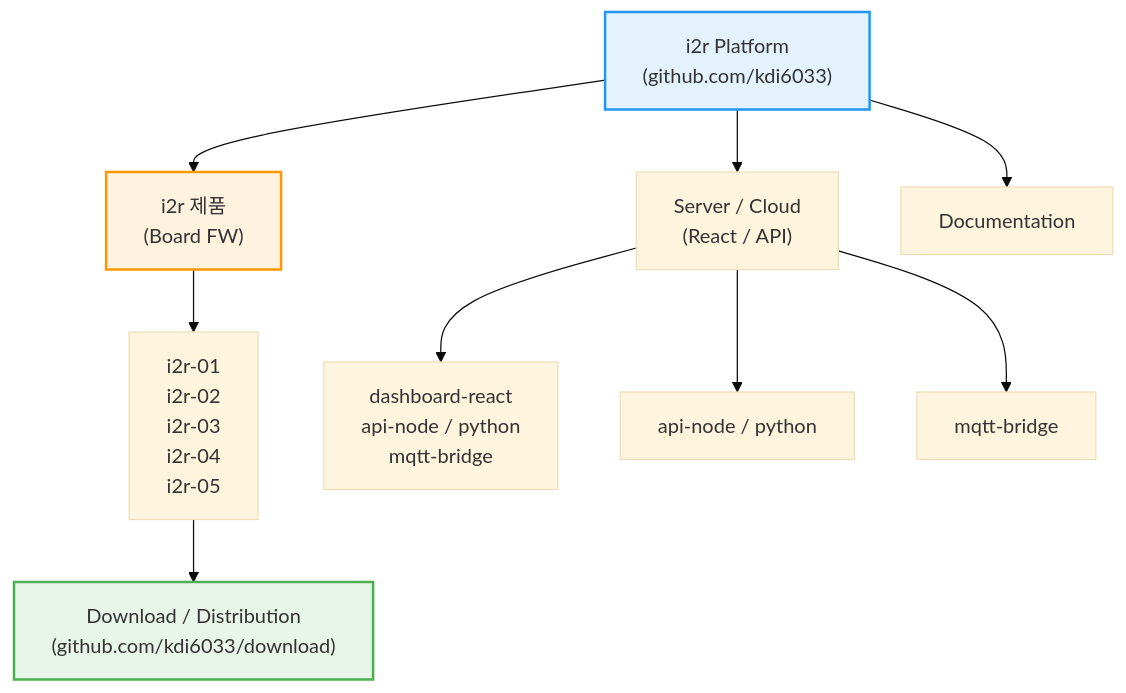
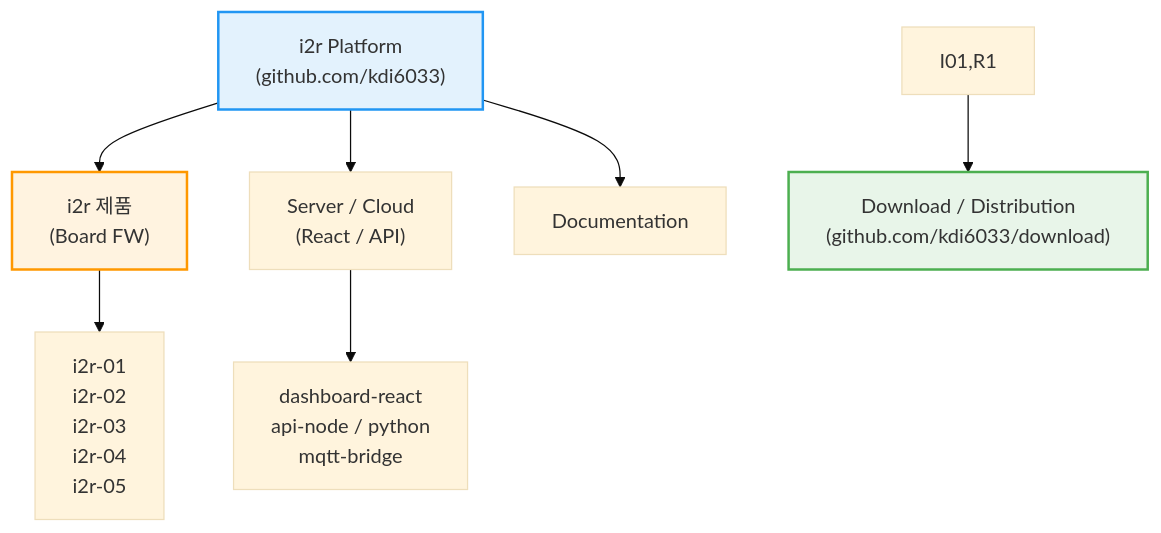
The first of 2 diagrams in README.md (kdi6033/kdi6033), drawn with Mermaid (base theme) before and after one commit.

Commit message:
Update README for Cloud Branch and Download Center

````diff
--- a/README.md
+++ b/README.md
@@ -61,23 +61,21 @@
 ```mermaid
 graph TD
     %% Main Platform
     MAIN["i2r Platform<br/>(github.com/kdi6033)"] --> FW["i2r 제품<br/>(Board FW)"]
     MAIN --> CLOUD["Server / Cloud<br/>(React / API)"]
     MAIN --> DOCS["Documentation"]
 
     %% Firmware Branch
     FW --> I01[i2r-01<br/>i2r-02<br/>i2r-03<br/>i2r-04<br/>i2r-05]
     
     %% Cloud Branch
     CLOUD --> R1[dashboard-react<br/>api-node / python<br/>mqtt-bridge]
-    CLOUD --> A1[api-node / python]
-    CLOUD --> M1[mqtt-bridge]
 
     %% Download Center (Linked from FW)
-    I01 --> DL["Download / Distribution<br/>(github.com/kdi6033/download)"]
+    I01,R1 --> DL["Download / Distribution<br/>(github.com/kdi6033/download)"]
 
     %% Styling
     style MAIN fill:#E3F2FD,stroke:#2196F3,stroke-width:2px
     style FW fill:#FFF3E0,stroke:#FF9800,stroke-width:2px
     style DL fill:#E8F5E9,stroke:#4CAF50,stroke-width:2px
 ```
````
